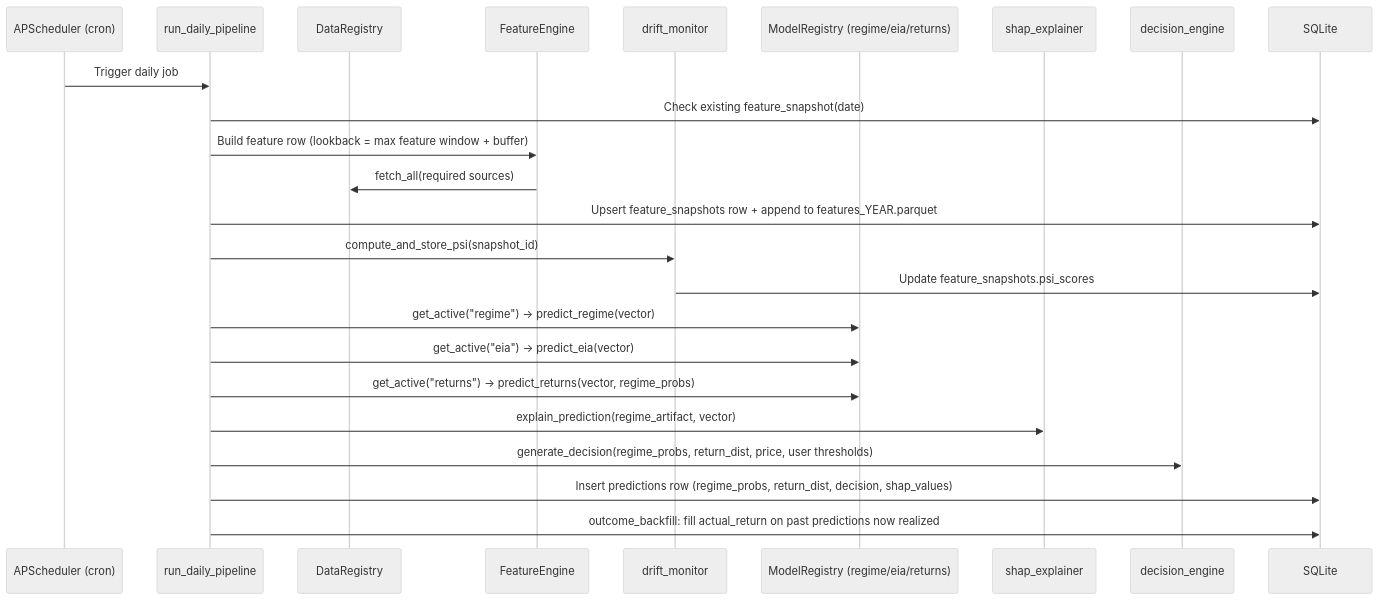
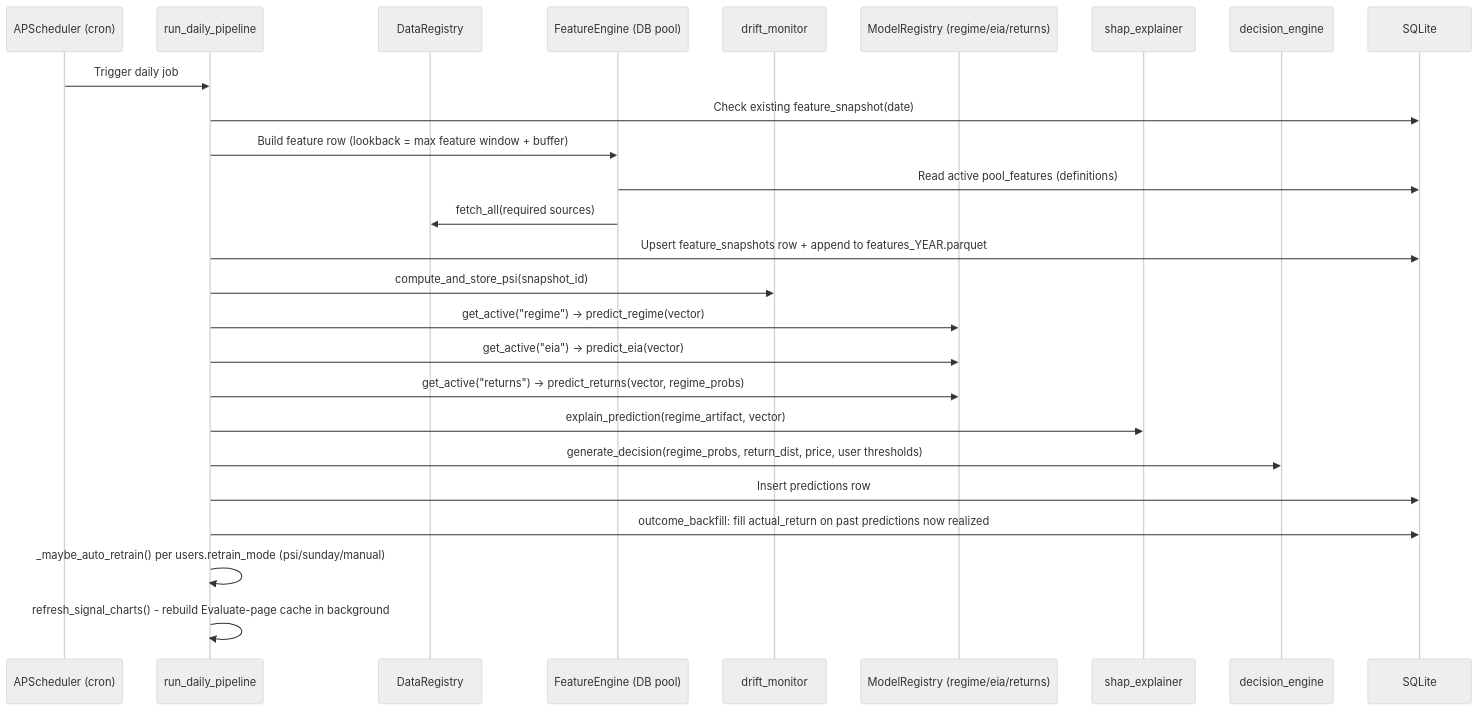
Before and after one commit to skang10/oil-signalyst: the first of 3 diagrams in docs/architecture-backend.md, drawn with Mermaid (neutral theme). The commit also changed other lines of this file and 2 other files, not shown here.

First line of the commit message:
docs(architecture): bring all three architecture docs to current state

````diff
--- a/docs/architecture-backend.md
+++ b/docs/architecture-backend.md
@@ -78,27 +120,29 @@
 ```mermaid
 sequenceDiagram
     participant S as APScheduler (cron)
     participant J as run_daily_pipeline
     participant R as DataRegistry
-    participant F as FeatureEngine
+    participant F as FeatureEngine (DB pool)
     participant PSI as drift_monitor
     participant M as ModelRegistry (regime/eia/returns)
     participant SHAP as shap_explainer
     participant DE as decision_engine
     participant D as SQLite
 
     S->>J: Trigger daily job
     J->>D: Check existing feature_snapshot(date)
     J->>F: Build feature row (lookback = max feature window + buffer)
+    F->>D: Read active pool_features (definitions)
     F->>R: fetch_all(required sources)
     J->>D: Upsert feature_snapshots row + append to features_YEAR.parquet
     J->>PSI: compute_and_store_psi(snapshot_id)
-    PSI->>D: Update feature_snapshots.psi_scores
     J->>M: get_active("regime") -> predict_regime(vector)
     J->>M: get_active("eia") -> predict_eia(vector)
     J->>M: get_active("returns") -> predict_returns(vector, regime_probs)
     J->>SHAP: explain_prediction(regime_artifact, vector)
     J->>DE: generate_decision(regime_probs, return_dist, price, user thresholds)
-    J->>D: Insert predictions row (regime_probs, return_dist, decision, shap_values)
+    J->>D: Insert predictions row
     J->>D: outcome_backfill: fill actual_return on past predictions now realized
+    J->>J: _maybe_auto_retrain() per users.retrain_mode (psi/sunday/manual)
+    J->>J: refresh_signal_charts() - rebuild Evaluate-page cache in background
 ```
````
